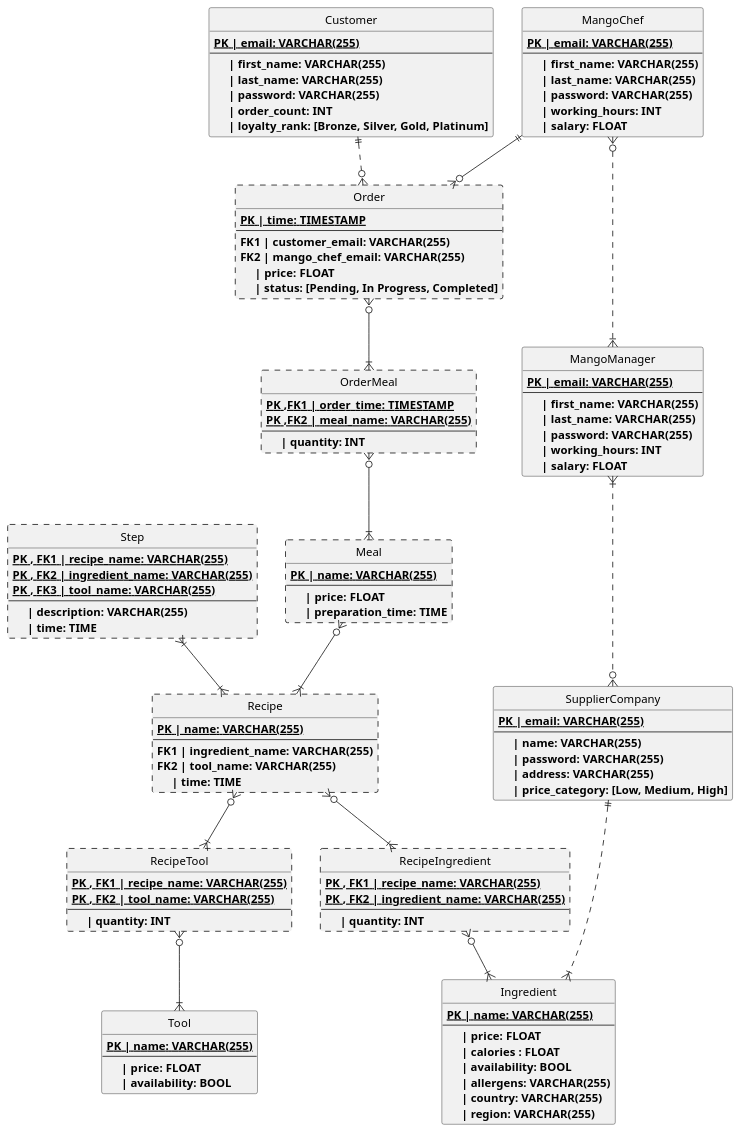
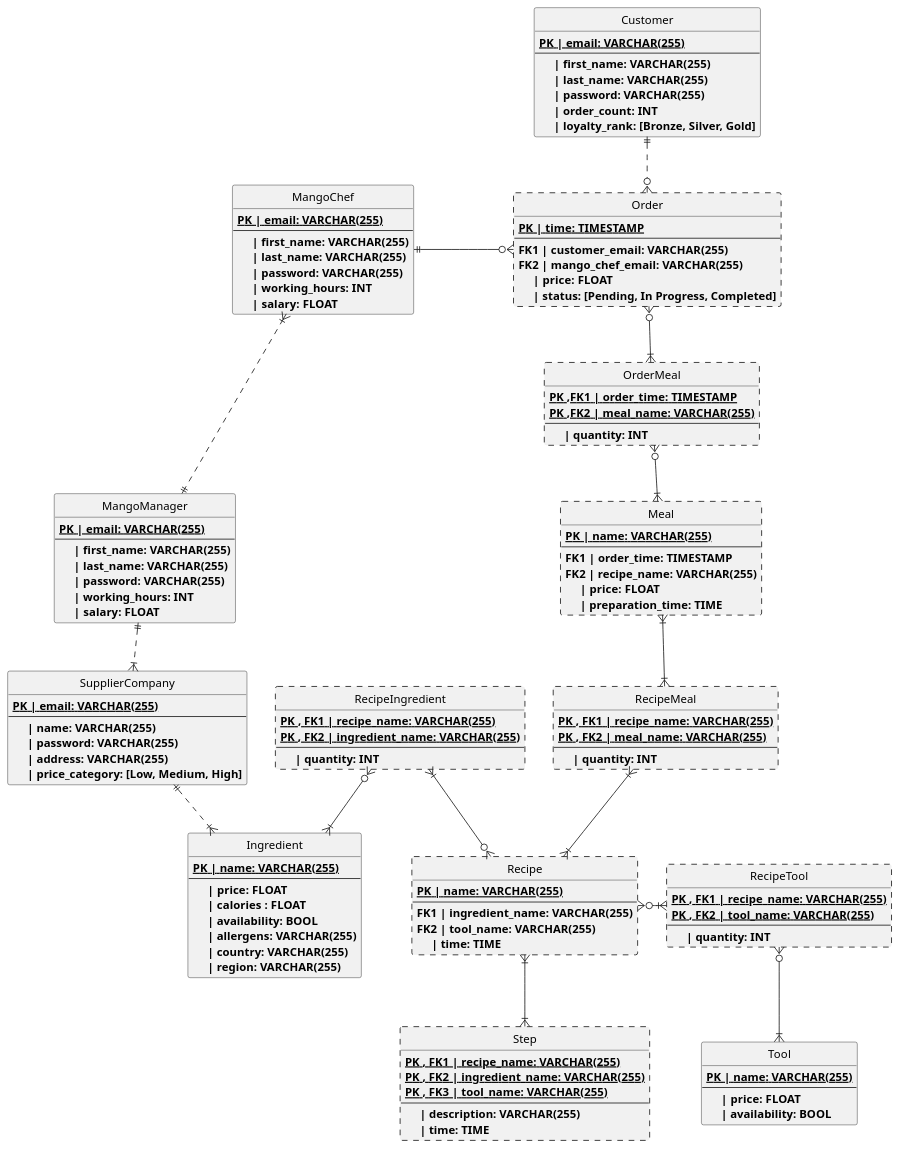
One commit to MorganKryze/MangoDB changed the diagram in Diagrams/src/Table.puml. Above: the diagram before and after it, drawn with PlantUML.

Commit message:
📖 update diagram

```diff
--- a/Diagrams/src/Table.puml
+++ b/Diagrams/src/Table.puml
@@ -1,146 +1,157 @@
 @startuml Diagram of MangoDB
 Hide circle
 
 entity Customer
 {
     {static}<b>PK | email: VARCHAR(255)
     --
     <b>     | first_name: VARCHAR(255)
     <b>     | last_name: VARCHAR(255)
     <b>     | password: VARCHAR(255)
     <b>     | order_count: INT
-    <b>     | loyalty_rank: [Bronze, Silver, Gold, Platinum]
+    <b>     | loyalty_rank: [Bronze, Silver, Gold]
 }
 
 entity Order ##[dashed]
 {
     {static}<b>PK | time: TIMESTAMP
     --
     <b>FK1 | customer_email: VARCHAR(255)
     <b>FK2 | mango_chef_email: VARCHAR(255)
     <b>     | price: FLOAT
     <b>     | status: [Pending, In Progress, Completed]
 }
 
 entity OrderMeal ##[dashed]
 {
     {static}<b>PK ,FK1 | order_time: TIMESTAMP
     {static}<b>PK ,FK2 | meal_name: VARCHAR(255)
     --
     <b>     | quantity: INT
 }
 
 entity Meal ##[dashed]
 {
     {static}<b>PK | name: VARCHAR(255)
     --
+    <b>FK1 | order_time: TIMESTAMP
+    <b>FK2 | recipe_name: VARCHAR(255)
     <b>     | price: FLOAT
     <b>     | preparation_time: TIME
+}
+
+entity RecipeMeal ##[dashed]
+{
+    {static}<b>PK , FK1 | recipe_name: VARCHAR(255)
+    {static}<b>PK , FK2 | meal_name: VARCHAR(255)
+    --
+    <b>     | quantity: INT
 }
 
 entity Recipe ##[dashed]
 {
     {static}<b>PK | name: VARCHAR(255)
     --
     <b>FK1 | ingredient_name: VARCHAR(255)
     <b>FK2 | tool_name: VARCHAR(255)
     <b>     | time: TIME
 }
 
 entity Step ##[dashed]
 {
     {static}<b>PK , FK1 | recipe_name: VARCHAR(255)
     {static}<b>PK , FK2 | ingredient_name: VARCHAR(255)
     {static}<b>PK , FK3 | tool_name: VARCHAR(255)
     --
     <b>     | description: VARCHAR(255)
     <b>     | time: TIME
 }
 
 entity RecipeIngredient ##[dashed]
 {
     {static}<b>PK , FK1 | recipe_name: VARCHAR(255)
     {static}<b>PK , FK2 | ingredient_name: VARCHAR(255)
     --
     <b>     | quantity: INT
 }
 
 entity RecipeTool ##[dashed]
 {
     {static}<b>PK , FK1 | recipe_name: VARCHAR(255)
     {static}<b>PK , FK2 | tool_name: VARCHAR(255)
     --
     <b>     | quantity: INT
 }
 
 entity Ingredient
 {
     {static}<b>PK | name: VARCHAR(255)
     --
     <b>     | price: FLOAT
     <b>     | calories : FLOAT
     <b>     | availability: BOOL
     <b>     | allergens: VARCHAR(255)
     <b>     | country: VARCHAR(255)
     <b>     | region: VARCHAR(255)
 }
 
 entity Tool
 {
     {static}<b>PK | name: VARCHAR(255)
     --
     <b>     | price: FLOAT
     <b>     | availability: BOOL
 }
 
 
 entity SupplierCompany
 {   
     {static}<b>PK | email: VARCHAR(255)
     --
     <b>     | name: VARCHAR(255)
     <b>     | password: VARCHAR(255)
     <b>     | address: VARCHAR(255)
     <b>     | price_category: [Low, Medium, High]
 }
 
 entity MangoChef
 {
     {static}<b>PK | email: VARCHAR(255)
     --
     <b>     | first_name: VARCHAR(255)
     <b>     | last_name: VARCHAR(255)
     <b>     | password: VARCHAR(255)
     <b>     | working_hours: INT
     <b>     | salary: FLOAT
 }
 
 entity MangoManager
 {
     {static}<b>PK | email: VARCHAR(255)
     --
     <b>     | first_name: VARCHAR(255)
     <b>     | last_name: VARCHAR(255)
     <b>     | password: VARCHAR(255)
     <b>     | working_hours: INT
     <b>     | salary: FLOAT
 }
 
-MangoManager }|.down-o{ SupplierCompany
-MangoManager }|.up..o{ MangoChef
-MangoChef ||-down-o{ Order
+MangoManager ||.down-|{ SupplierCompany
+MangoManager ||.up..|{ MangoChef
+MangoChef ||-right-o{ Order
 
 SupplierCompany ||.down-|{ Ingredient
 
 Customer ||.down-o{ Order
 Order  }o-down-|{ OrderMeal
 OrderMeal }o-down-|{ Meal
-Meal }o-down-|{ Recipe
 
-Recipe }o-down-|{ RecipeIngredient
-Recipe }o-down-|{ RecipeTool
+Recipe }o-left-|{ RecipeIngredient
 RecipeIngredient }o-down-|{ Ingredient
+Recipe }o-right-|{ RecipeTool
 RecipeTool }o-down-|{ Tool
 
-Recipe }|-up-|{ Step
+Recipe }|-down-|{ Step
+Meal }|-down-|{ RecipeMeal
+Recipe }|-up-|{ RecipeMeal
 @enduml
```
